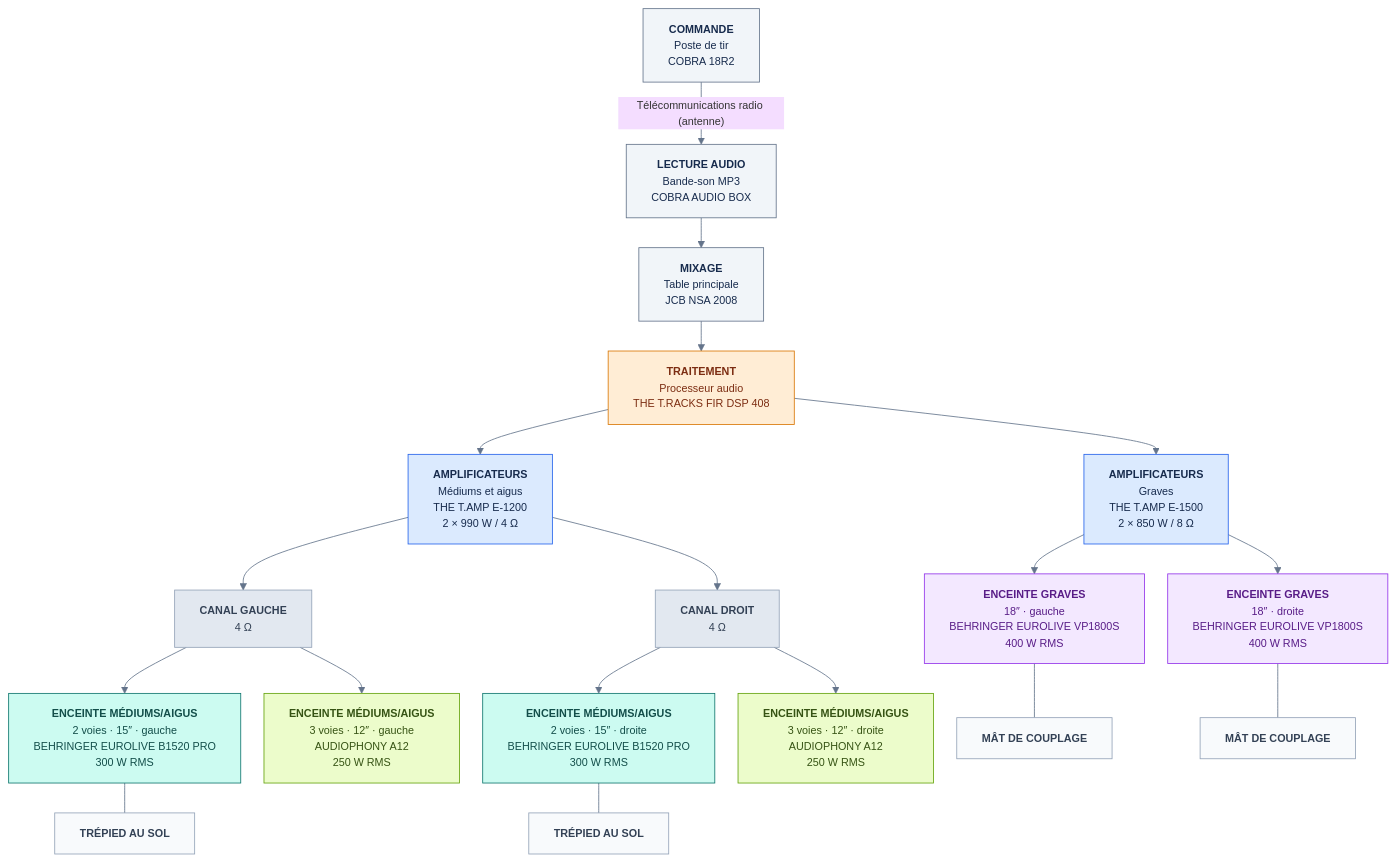
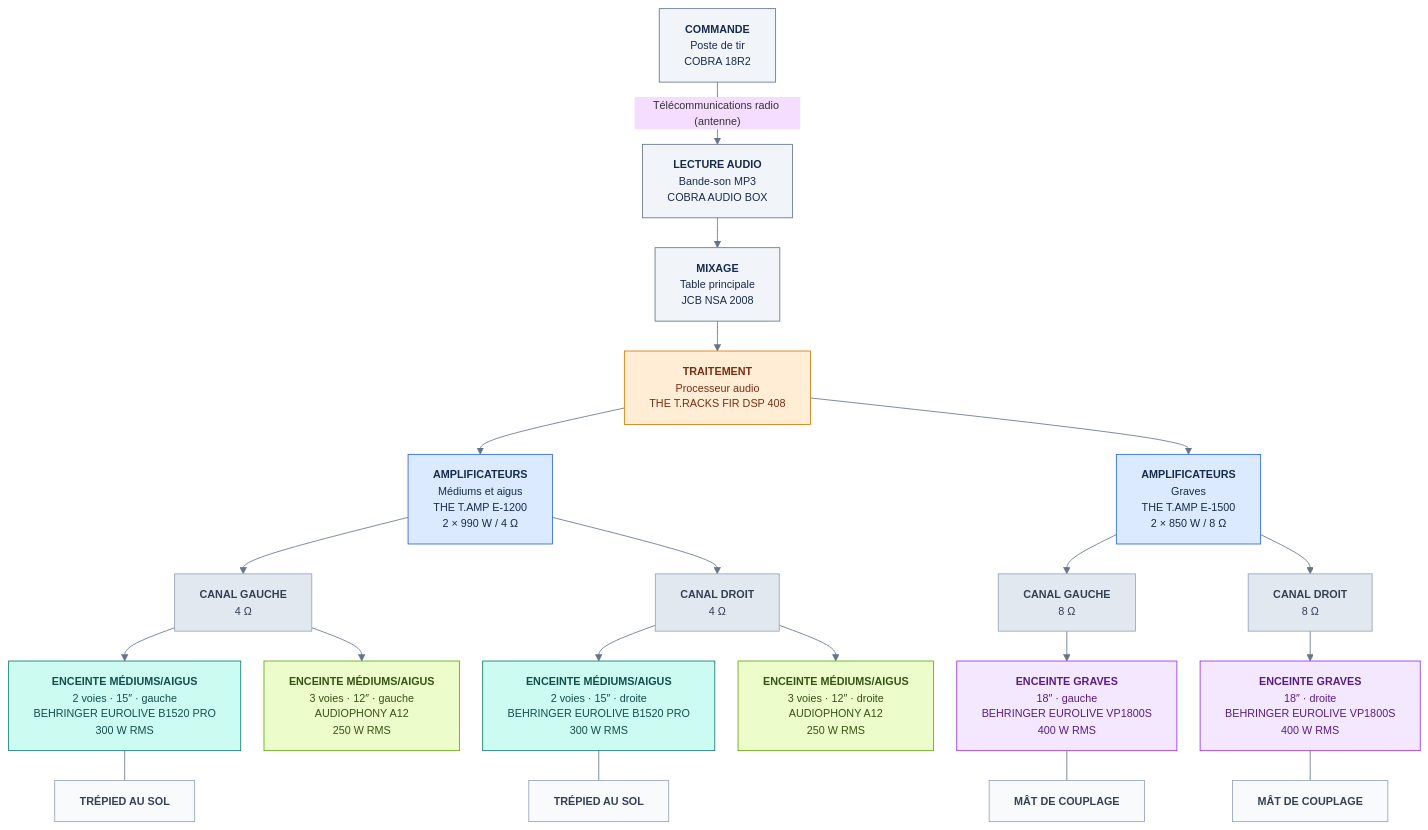
The first of 3 diagrams in README.md (HAZIT-FR/PGE-SONO), drawn with Mermaid before and after one commit.

Commit message:
docs: aligner les enceintes Mermaid sur un niveau commun

```diff
--- a/README.md
+++ b/README.md
@@ -34,58 +34,62 @@
 ~~~mermaid
 %%{init: {"flowchart": {"nodeSpacing": 28, "rankSpacing": 36, "htmlLabels": true, "wrappingWidth": 320}, "theme": "base", "themeVariables": {"fontSize": "13px", "lineColor": "#64748b"}}}%%
 flowchart TB
   A["<b>COMMANDE</b><br/>Poste de tir<br/>COBRA 18R2"]
   B["<b>LECTURE AUDIO</b><br/>Bande-son MP3<br/>COBRA AUDIO BOX"]
   C["<b>MIXAGE</b><br/>Table principale<br/>JCB NSA 2008"]
   D["<b>TRAITEMENT</b><br/>Processeur audio<br/>THE T.RACKS FIR DSP 408"]
   E["<b>AMPLIFICATEURS</b><br/>Médiums et aigus<br/>THE T.AMP E-1200<br/>2 × 990 W / 4 Ω"]
   F["<b>AMPLIFICATEURS</b><br/>Graves<br/>THE T.AMP E-1500<br/>2 × 850 W / 8 Ω"]
   LG["<b>CANAL GAUCHE</b><br/>4 Ω"]
   LD["<b>CANAL DROIT</b><br/>4 Ω"]
+  FG["<b>CANAL GAUCHE</b><br/>8 Ω"]
+  FD["<b>CANAL DROIT</b><br/>8 Ω"]
   BG["<b>ENCEINTE MÉDIUMS/AIGUS</b><br/>2 voies · 15″ · gauche<br/>BEHRINGER EUROLIVE B1520 PRO<br/>300 W RMS"]
   BD["<b>ENCEINTE MÉDIUMS/AIGUS</b><br/>2 voies · 15″ · droite<br/>BEHRINGER EUROLIVE B1520 PRO<br/>300 W RMS"]
   AG["<b>ENCEINTE MÉDIUMS/AIGUS</b><br/>3 voies · 12″ · gauche<br/>AUDIOPHONY A12<br/>250 W RMS"]
   AD["<b>ENCEINTE MÉDIUMS/AIGUS</b><br/>3 voies · 12″ · droite<br/>AUDIOPHONY A12<br/>250 W RMS"]
   SG["<b>ENCEINTE GRAVES</b><br/>18″ · gauche<br/>BEHRINGER EUROLIVE VP1800S<br/>400 W RMS"]
   SD["<b>ENCEINTE GRAVES</b><br/>18″ · droite<br/>BEHRINGER EUROLIVE VP1800S<br/>400 W RMS"]
 
   TG["<b>TRÉPIED AU SOL</b>"]
   TD["<b>TRÉPIED AU SOL</b>"]
   MG["<b>MÂT DE COUPLAGE</b>"]
   MD["<b>MÂT DE COUPLAGE</b>"]
 
   A -- "Télécommunications radio (antenne)" --> B
   B --> C --> D
   D --> E
   D --> F
   E --> LG
   E --> LD
   LG --> BG
   LG --> AG
   LD --> BD
   LD --> AD
-  F --> SG
-  F --> SD
+  F --> FG
+  F --> FD
+  FG --> SG
+  FD --> SD
 
   BG --- TG
   BD --- TD
   SG --- MG
   SD --- MD
 
   classDef commande fill:#f1f5f9,stroke:#64748b,color:#172b4d;
   classDef processeur fill:#ffedd5,stroke:#d97706,color:#7c2d12;
   classDef amplis fill:#dbeafe,stroke:#2563eb,color:#172b4d;
   classDef canaux fill:#e2e8f0,stroke:#94a3b8,color:#334155;
   classDef principales fill:#ccfbf1,stroke:#0f766e,color:#134e4a;
   classDef appoint fill:#ecfccb,stroke:#65a30d,color:#365314;
   classDef basses fill:#f3e8ff,stroke:#9333ea,color:#581c87;
   classDef support fill:#f8fafc,stroke:#94a3b8,color:#334155;
   class A,B,C commande;
   class D processeur;
   class E,F amplis;
-  class LG,LD canaux;
+  class LG,LD,FG,FD canaux;
   class BG,BD principales;
   class AG,AD appoint;
   class SG,SD basses;
   class TG,TD,MG,MD support;
 ~~~
```
